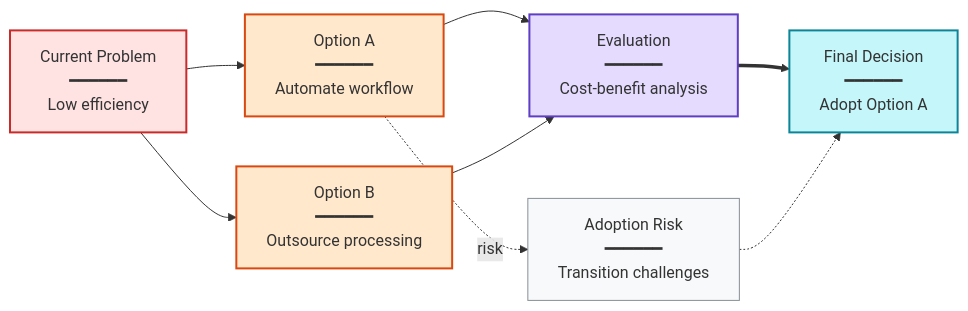
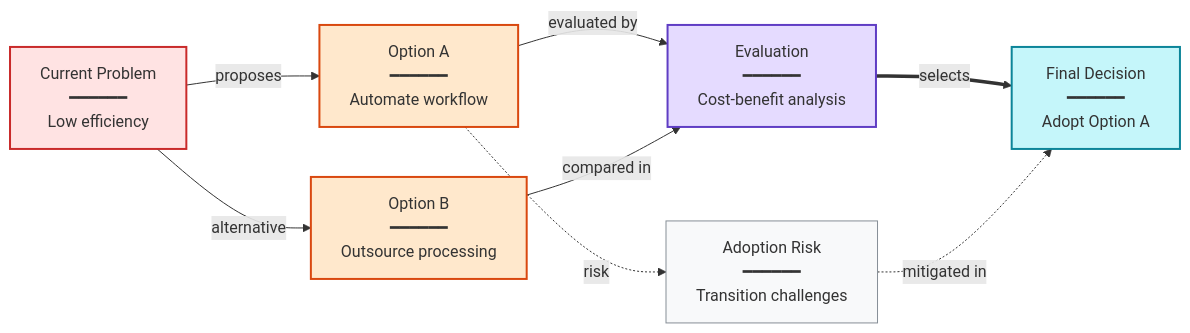
Before and after one commit to kouko/youtube-summarize-scraper: the second of 2 diagrams in prompts/builtin/mermaid-en.md, drawn with Mermaid. The commit also changed other lines of this file and 25 other files, not shown here.

First line of the commit message:
feat: LLM fallback chain, upload date fix, and mermaid improvements (#31)

````diff
--- a/prompts/builtin/mermaid-en.md
+++ b/prompts/builtin/mermaid-en.md
@@ -60,16 +60,16 @@
 ```mermaid
 graph LR
-H["Current Problem<br/>━━━━━━<br/>Low efficiency"] --> I["Option A<br/>━━━━━━<br/>Automate workflow"]
-H --> J["Option B<br/>━━━━━━<br/>Outsource processing"]
-I --> K["Evaluation<br/>━━━━━━<br/>Cost-benefit analysis"]
-J --> K
-K ==> L["Final Decision<br/>━━━━━━<br/>Adopt Option A"]
+H["Current Problem<br/>━━━━━━<br/>Low efficiency"] -->|proposes| I["Option A<br/>━━━━━━<br/>Automate workflow"]
+H -->|alternative| J["Option B<br/>━━━━━━<br/>Outsource processing"]
+I -->|evaluated by| K["Evaluation<br/>━━━━━━<br/>Cost-benefit analysis"]
+J -->|compared in| K
+K ==>|selects| L["Final Decision<br/>━━━━━━<br/>Adopt Option A"]
 I -.->|risk| M["Adoption Risk<br/>━━━━━━<br/>Transition challenges"]
-M -.-> L
+M -.->|mitigated in| L
 style H fill:#ffe3e3,stroke:#c92a2a,stroke-width:2px
 style I fill:#ffe8cc,stroke:#d9480f,stroke-width:2px
 style J fill:#ffe8cc,stroke:#d9480f,stroke-width:2px
 style K fill:#e5dbff,stroke:#5f3dc4,stroke-width:2px
 style L fill:#c5f6fa,stroke:#0c8599,stroke-width:2px
 style M fill:#f8f9fa,stroke:#868e96,stroke-width:1px
 ```
````
